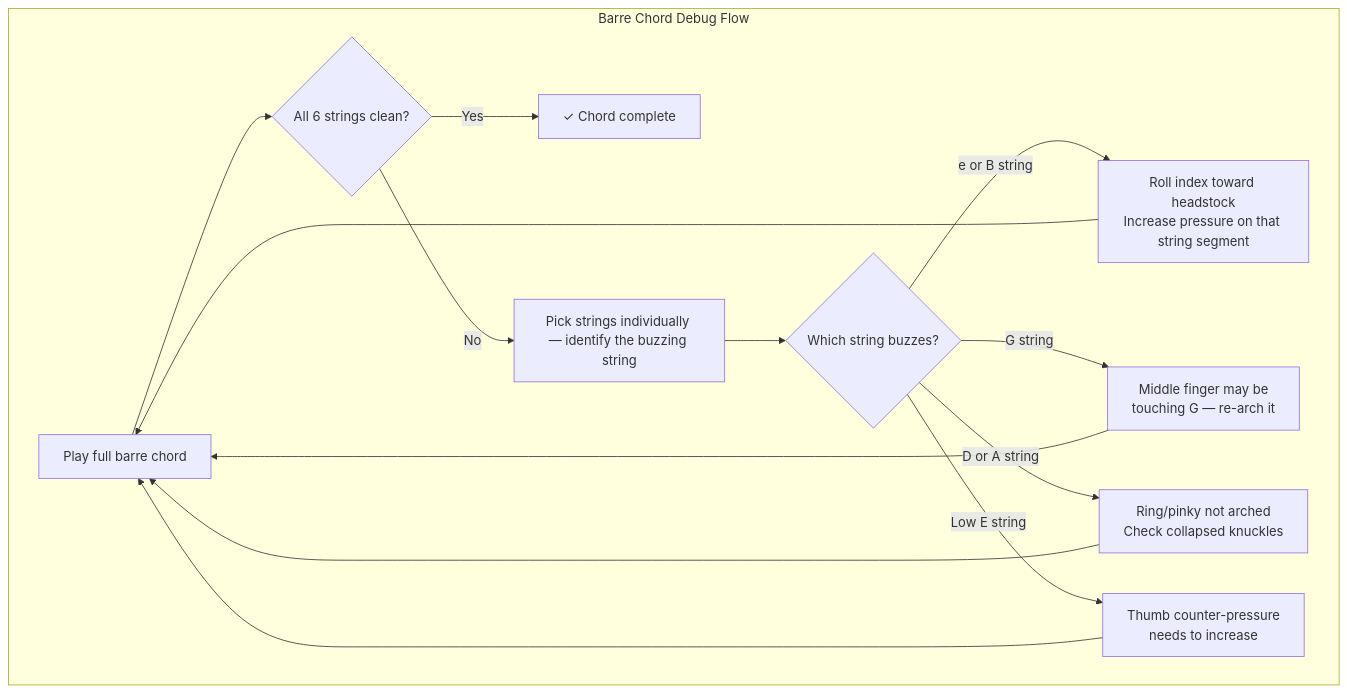
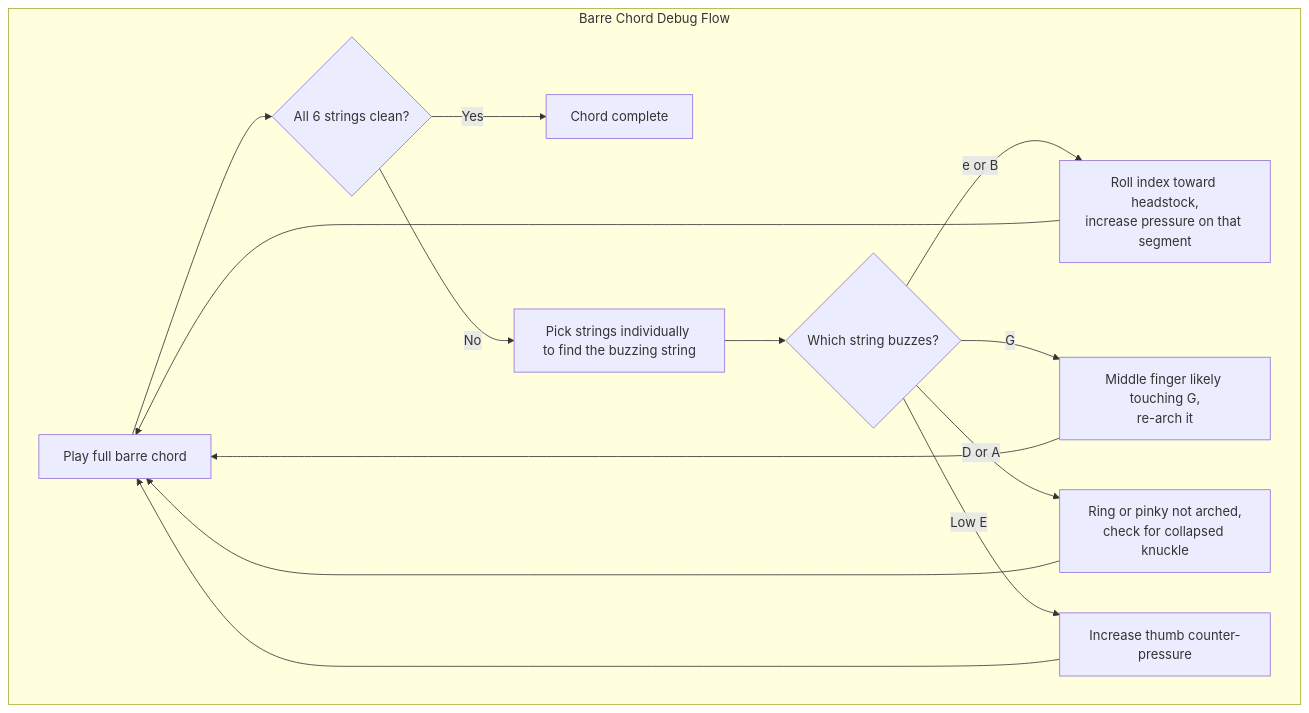
The fourth of 6 diagrams in topics/arts/music_performance/acoustic_guitar/lesson_02_chords_and_strumming.md (blebleblee/synapse), drawn with Mermaid before and after one commit. The commit also changed other lines of this file and 4 other files, not shown here.

````diff
--- a/topics/arts/music_performance/acoustic_guitar/lesson_02_chords_and_strumming.md
+++ b/topics/arts/music_performance/acoustic_guitar/lesson_02_chords_and_strumming.md
@@ -578,17 +504,17 @@
 ```mermaid
 flowchart TD
     subgraph sub_barre_debug ["Barre Chord Debug Flow"]
-        A["Play full barre chord"] --> B{All 6 strings clean?}
-        B -->|Yes| Z["✓ Chord complete"]
-        B -->|No| C["Pick strings individually — identify the buzzing string"]
-        C --> D{Which string buzzes?}
-        D -->|"e or B string"| E["Roll index toward headstock\nIncrease pressure on that string segment"]
-        D -->|"G string"| F["Middle finger may be\ntouching G — re-arch it"]
-        D -->|"D or A string"| G["Ring/pinky not arched\nCheck collapsed knuckles"]
-        D -->|"Low E string"| H["Thumb counter-pressure\nneeds to increase"]
+        A["Play full barre chord"] --> B{"All 6 strings clean?"}
+        B -->|Yes| Z["Chord complete"]
+        B -->|No| C["Pick strings individually to find the buzzing string"]
+        C --> D{"Which string buzzes?"}
+        D -->|"e or B"| E["Roll index toward headstock,<br/>increase pressure on that segment"]
+        D -->|"G"| F["Middle finger likely touching G,<br/>re-arch it"]
+        D -->|"D or A"| G["Ring or pinky not arched,<br/>check for collapsed knuckle"]
+        D -->|"Low E"| H["Increase thumb counter-pressure"]
         E --> A
         F --> A
         G --> A
         H --> A
     end
 ```
````
